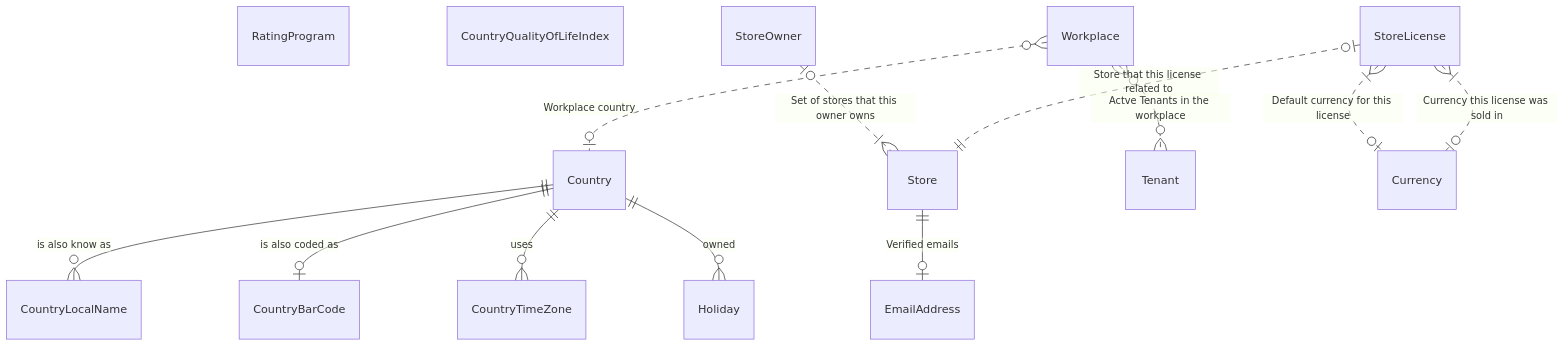
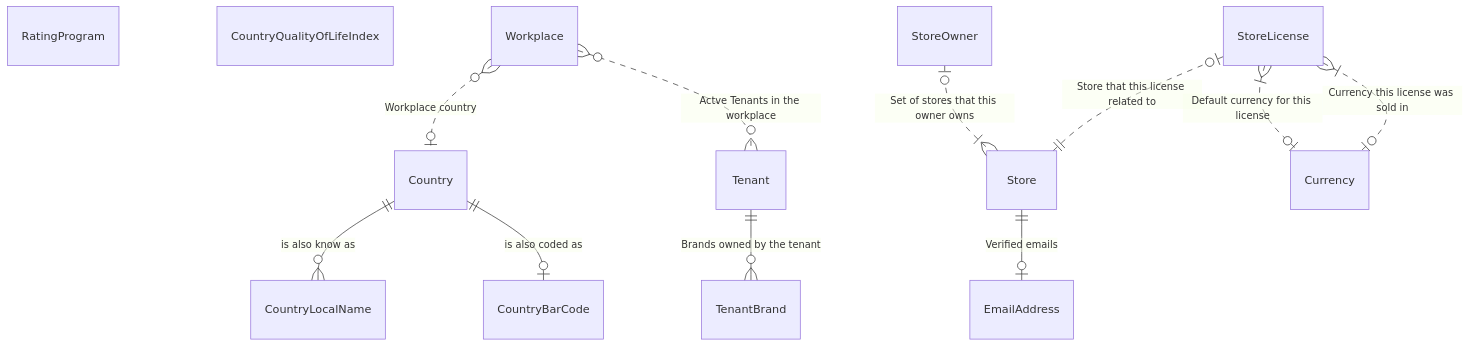
One commit to NoxOrg/Nox changed the diagram in src/Nox.ClientApi.Tests/.nox/docs/README.md. Above: the diagram before and after it, drawn with Mermaid. The commit also changed other lines of this file and 182 other files, not shown here.

````diff
--- a/src/Nox.ClientApi.Tests/.nox/docs/README.md
+++ b/src/Nox.ClientApi.Tests/.nox/docs/README.md
@@ -11,43 +11,40 @@
 ``` mermaid
 erDiagram
     Country {
     }
     Country||--o{CountryLocalName : "is also know as"
     Country||--o|CountryBarCode : "is also coded as"
-    Country||--o{CountryTimeZone : "uses"
-    Country||--o{Holiday : "owned"
     CountryLocalName {
     }
     CountryBarCode {
     }
     RatingProgram {
     }
     CountryQualityOfLifeIndex {
     }
     Store {
     }
     Store||--o|EmailAddress : "Verified emails"
     Workplace {
     }
     Workplace}o..o|Country : "Workplace country"
     Workplace}o..o{Tenant : "Actve Tenants in the workplace"
     StoreOwner {
     }
     StoreOwner|o..|{Store : "Set of stores that this owner owns"
     StoreLicense {
     }
     StoreLicense|o..||Store : "Store that this license related to"
     StoreLicense}|..o|Currency : "Default currency for this license"
     StoreLicense}|..o|Currency : "Currency this license was sold in"
     Currency {
     }
     Tenant {
     }
-    CountryTimeZone {
-    }
-    Holiday {
+    Tenant||--o{TenantBrand : "Brands owned by the tenant"
+    TenantBrand {
     }
     EmailAddress {
     }
 
 ```
````
